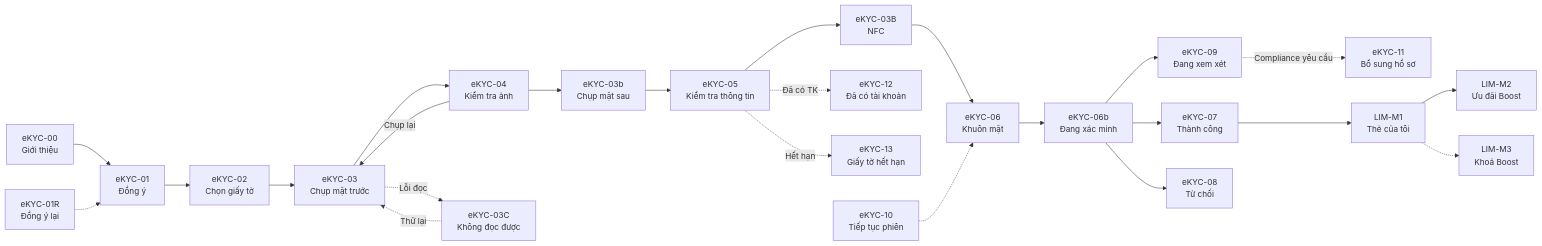
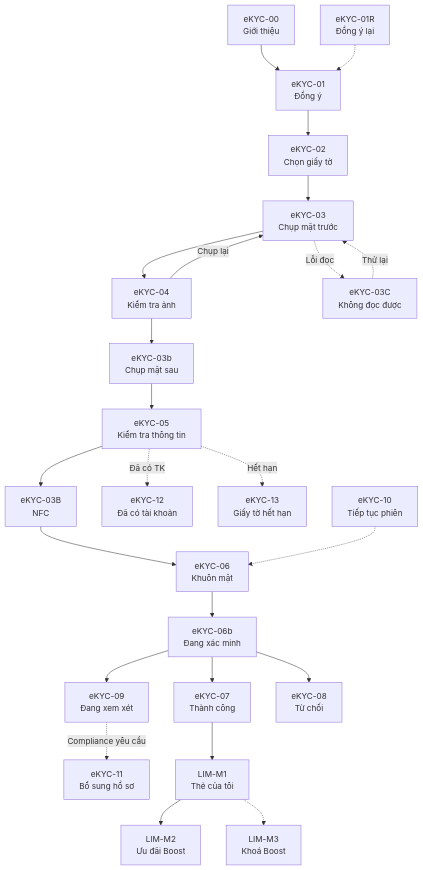
Before and after one commit to handao2303/aegis-ekyc-ui: the fifth of 7 diagrams in docs/05-architecture/A01-solution-overview.md, drawn with Mermaid. The commit also changed 51 other files, not shown here.

First line of the commit message:
docs: render diagrams to PNG for Confluence; vertical layout for wide flows

````diff
--- a/docs/05-architecture/A01-solution-overview.md
+++ b/docs/05-architecture/A01-solution-overview.md
@@ -138,27 +138,27 @@
 ```mermaid
-flowchart LR
+flowchart TB
     I["eKYC-00<br/>Giới thiệu"] --> C["eKYC-01<br/>Đồng ý"]
     C --> DT["eKYC-02<br/>Chọn giấy tờ"]
     DT --> CF["eKYC-03<br/>Chụp mặt trước"]
     CF --> RF["eKYC-04<br/>Kiểm tra ảnh"]
     RF -- "Chụp lại" --> CF
     RF --> CB["eKYC-03b<br/>Chụp mặt sau"]
     CB --> OR["eKYC-05<br/>Kiểm tra thông tin"]
     OR --> N["eKYC-03B<br/>NFC"]
     N --> L["eKYC-06<br/>Khuôn mặt"]
     L --> V["eKYC-06b<br/>Đang xác minh"]
     V --> AP["eKYC-07<br/>Thành công"]
     V --> RE["eKYC-09<br/>Đang xem xét"]
     V --> RJ["eKYC-08<br/>Từ chối"]
 
     CF -. "Lỗi đọc" .-> UR["eKYC-03C<br/>Không đọc được"]
     UR -. "Thử lại" .-> CF
     OR -. "Đã có TK" .-> DU["eKYC-12<br/>Đã có tài khoản"]
     OR -. "Hết hạn" .-> EX["eKYC-13<br/>Giấy tờ hết hạn"]
     RE -. "Compliance yêu cầu" .-> RQ["eKYC-11<br/>Bổ sung hồ sơ"]
     RS["eKYC-10<br/>Tiếp tục phiên"] -.-> L
     RC["eKYC-01R<br/>Đồng ý lại"] -.-> C
     AP --> M1["LIM-M1<br/>Thẻ của tôi"]
     M1 --> M2["LIM-M2<br/>Ưu đãi Boost"]
     M1 -.-> M3["LIM-M3<br/>Khoá Boost"]
 ```
````
